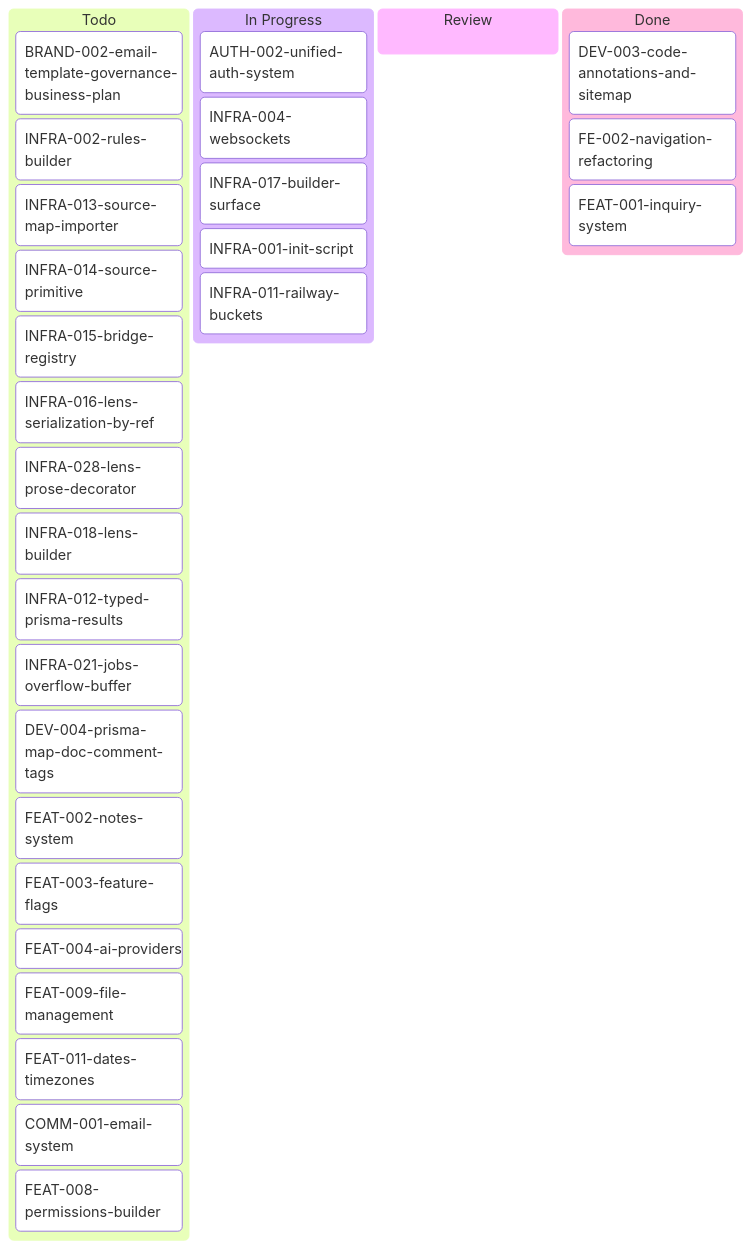
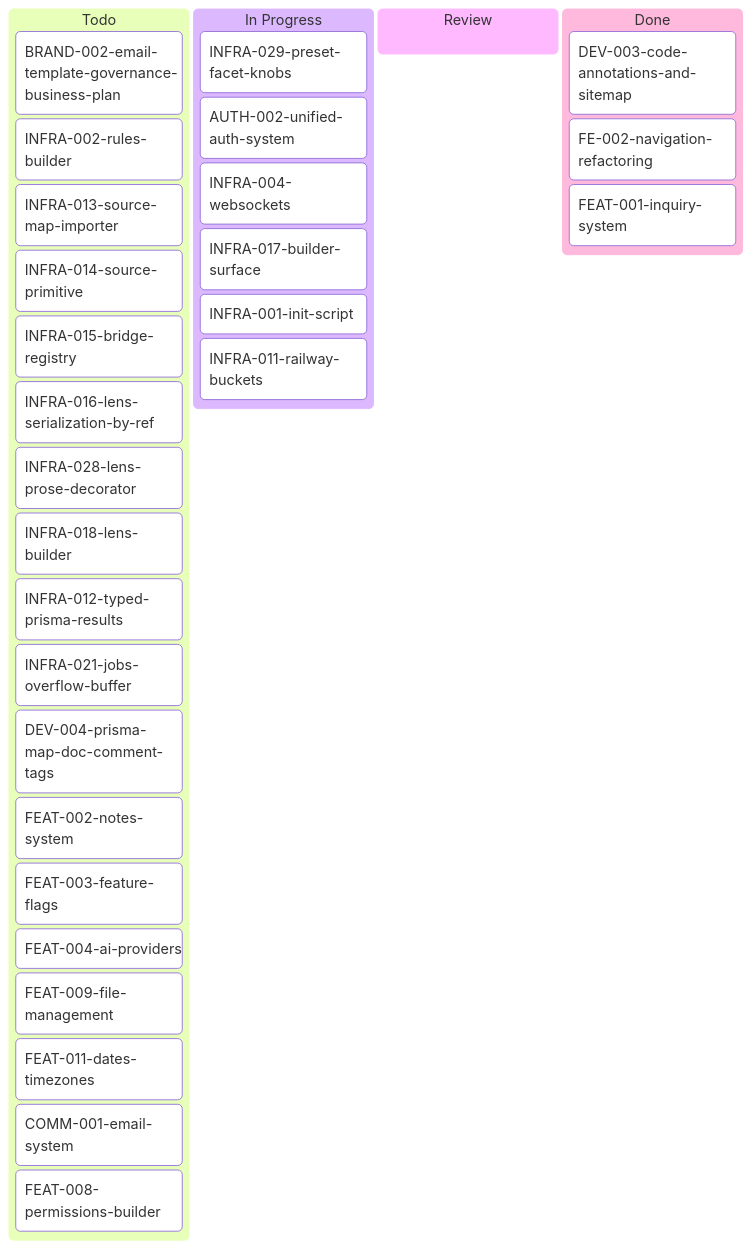
One commit to inixiative/template changed the diagram in tickets/kanban-aron.md. Above: the diagram before and after it, drawn with Mermaid. The commit also changed other lines of this file, not shown here.

Commit message:
kanban: INFRA-029 → In Progress (mermaid + stats)

````diff
--- a/tickets/kanban-aron.md
+++ b/tickets/kanban-aron.md
@@ -3,38 +3,39 @@
 ```mermaid
 ---
 config:
   kanban:
     ticketBaseUrl: 'https://github.com/yourorg/template/blob/main/tickets/#TICKET#'
 ---
 kanban
   Todo
     BRAND-002-email-template-governance-business-plan
     INFRA-002-rules-builder
     INFRA-013-source-map-importer
     INFRA-014-source-primitive
     INFRA-015-bridge-registry
     INFRA-016-lens-serialization-by-ref
     INFRA-028-lens-prose-decorator
     INFRA-018-lens-builder
     INFRA-012-typed-prisma-results
     INFRA-021-jobs-overflow-buffer
     DEV-004-prisma-map-doc-comment-tags
     FEAT-002-notes-system
     FEAT-003-feature-flags
     FEAT-004-ai-providers
     FEAT-009-file-management
     FEAT-011-dates-timezones
     COMM-001-email-system
     FEAT-008-permissions-builder
   In Progress
+    INFRA-029-preset-facet-knobs
     AUTH-002-unified-auth-system
     INFRA-004-websockets
     INFRA-017-builder-surface
     INFRA-001-init-script
     INFRA-011-railway-buckets
   Review
   Done
     DEV-003-code-annotations-and-sitemap
     FE-002-navigation-refactoring
     FEAT-001-inquiry-system
 ```
````
